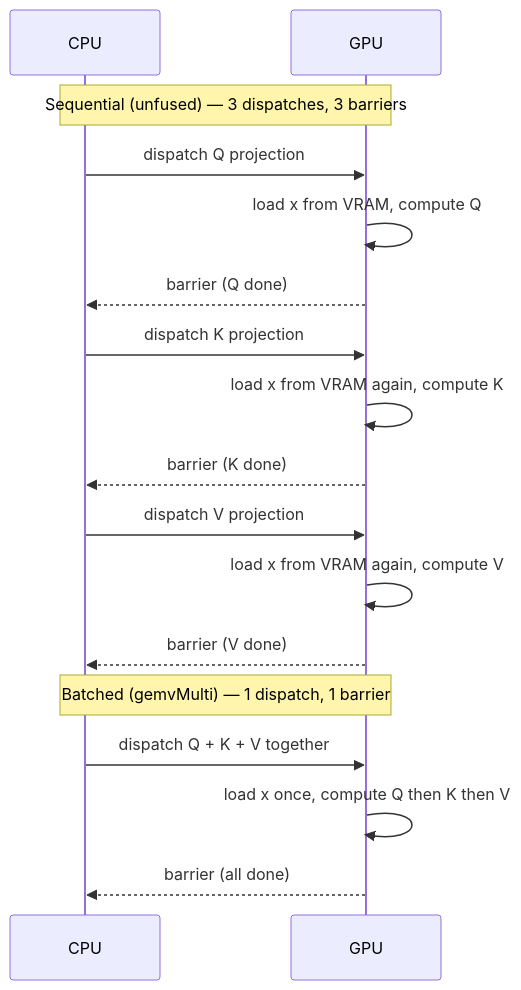
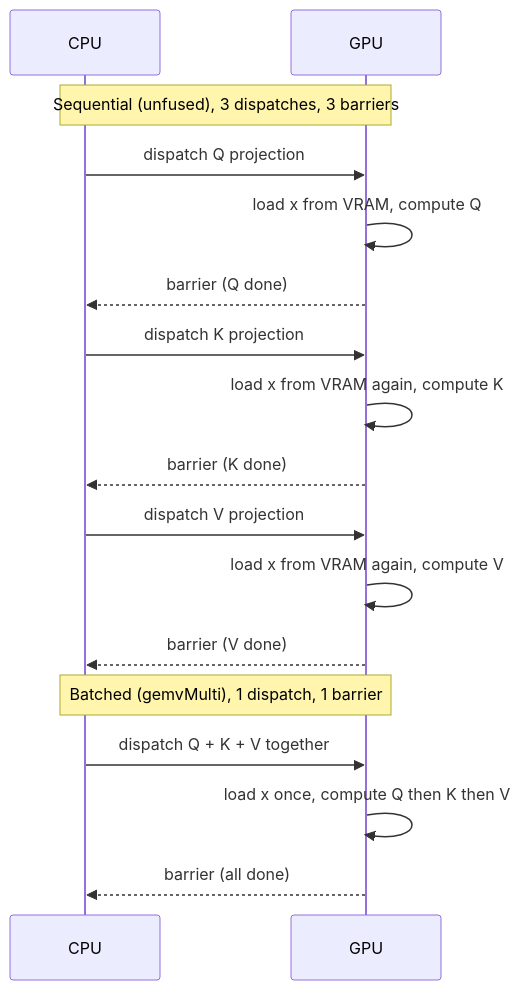
One commit to maci0/agave changed the second of 9 diagrams in docs/tutorial/13-batched-dispatch-and-fusion.md. Above: the diagram before and after it, drawn with Mermaid. The commit also changed other lines of this file and 196 other files, not shown here.

````diff
--- a/docs/tutorial/13-batched-dispatch-and-fusion.md
+++ b/docs/tutorial/13-batched-dispatch-and-fusion.md
@@ -45,25 +45,25 @@
 ```mermaid
 sequenceDiagram
     participant CPU
     participant GPU
 
-    note over CPU,GPU: Sequential (unfused) — 3 dispatches, 3 barriers
+    note over CPU,GPU: Sequential (unfused), 3 dispatches, 3 barriers
 
     CPU->>GPU: dispatch Q projection
     GPU->>GPU: load x from VRAM, compute Q
     GPU-->>CPU: barrier (Q done)
 
     CPU->>GPU: dispatch K projection
     GPU->>GPU: load x from VRAM again, compute K
     GPU-->>CPU: barrier (K done)
 
     CPU->>GPU: dispatch V projection
     GPU->>GPU: load x from VRAM again, compute V
     GPU-->>CPU: barrier (V done)
 
-    note over CPU,GPU: Batched (gemvMulti) — 1 dispatch, 1 barrier
+    note over CPU,GPU: Batched (gemvMulti), 1 dispatch, 1 barrier
 
     CPU->>GPU: dispatch Q + K + V together
     GPU->>GPU: load x once, compute Q then K then V
     GPU-->>CPU: barrier (all done)
 ```
````
